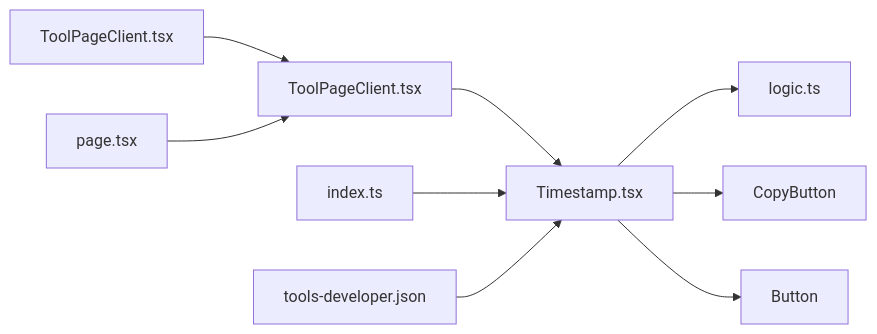
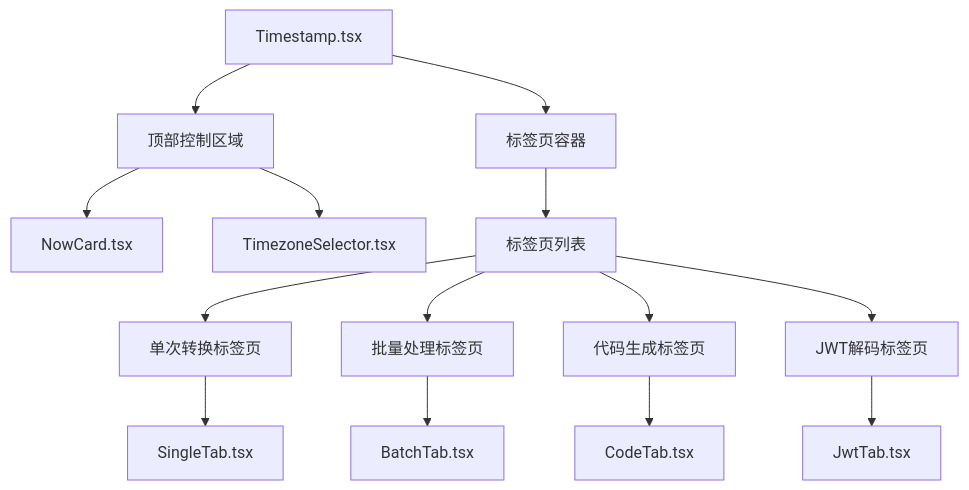
The ninth of 10 diagrams in .qoder/repowiki/zh/content/开发者工具/时间戳工具.md (sgyy/privadeck), drawn with Mermaid before and after one commit. The commit also changed other lines of this file and 7 other files, not shown here.

````diff
--- a/.qoder/repowiki/zh/content/开发者工具/时间戳工具.md
+++ b/.qoder/repowiki/zh/content/开发者工具/时间戳工具.md
@@ -247,11 +458,16 @@
 ```mermaid
-graph LR
-A[ToolPageClient.tsx] --> B[ToolPageClient.tsx]
-B --> C[Timestamp.tsx]
-C --> D[logic.ts]
-C --> E[CopyButton]
-C --> F[Button]
-G[page.tsx] --> B
-H[index.ts] --> C
-I[tools-developer.json] --> C
+graph TB
+A[Timestamp.tsx] --> B[顶部控制区域]
+B --> C[NowCard.tsx]
+B --> D[TimezoneSelector.tsx]
+A --> E[标签页容器]
+E --> F[标签页列表]
+F --> G[单次转换标签页]
+F --> H[批量处理标签页]
+F --> I[代码生成标签页]
+F --> J[JWT解码标签页]
+G --> K[SingleTab.tsx]
+H --> L[BatchTab.tsx]
+I --> M[CodeTab.tsx]
+J --> N[JwtTab.tsx]
 ```
````
